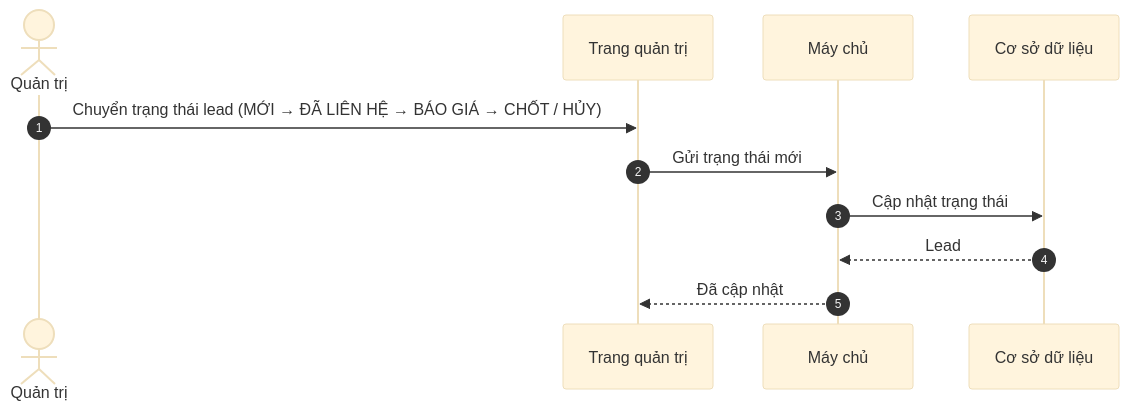
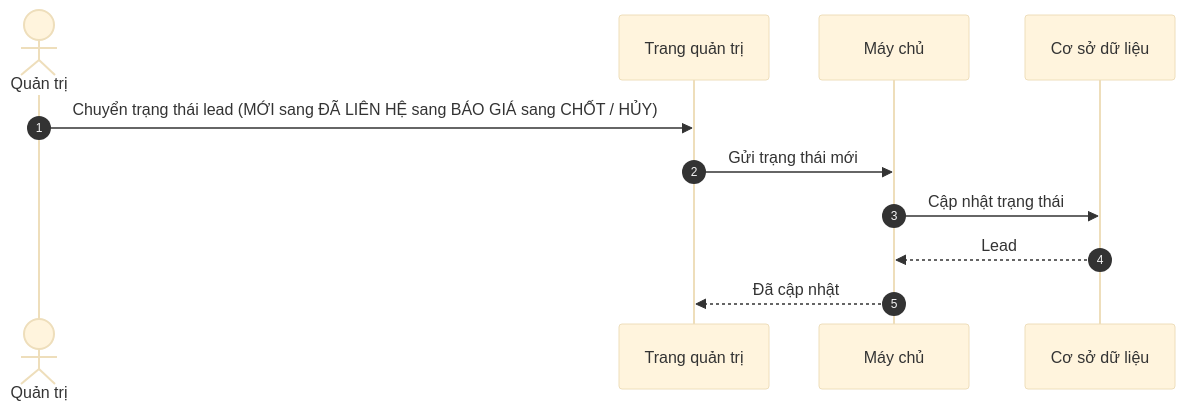
Before and after one commit to yurivolkov21/Tourism-Platform: diagram 27 of 36 in docs/03-reference/diagrams-admin.md, drawn with Mermaid (base theme). The commit also changed other lines of this file and 3 other files, not shown here.

First line of the commit message:
docs(reference): fix Mermaid rendering — drop ; and unicode arrows from messages

````diff
--- a/docs/03-reference/diagrams-admin.md
+++ b/docs/03-reference/diagrams-admin.md
@@ -530,13 +530,13 @@
 ```mermaid
 sequenceDiagram
     autonumber
     actor AD as Quản trị
     participant FE as Trang quản trị
     participant API as Máy chủ
     participant DB as Cơ sở dữ liệu
-    AD->>FE: Chuyển trạng thái lead (MỚI → ĐÃ LIÊN HỆ → BÁO GIÁ → CHỐT / HỦY)
+    AD->>FE: Chuyển trạng thái lead (MỚI sang ĐÃ LIÊN HỆ sang BÁO GIÁ sang CHỐT / HỦY)
     FE->>API: Gửi trạng thái mới
     API->>DB: Cập nhật trạng thái
     DB-->>API: Lead
     API-->>FE: Đã cập nhật
 ```
````
